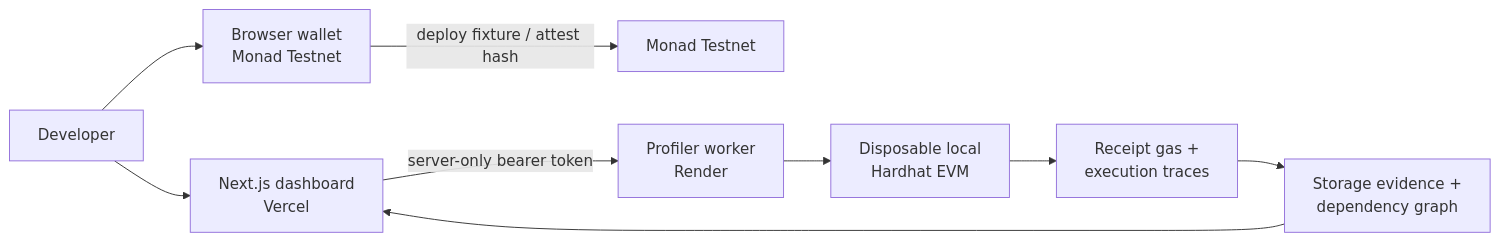
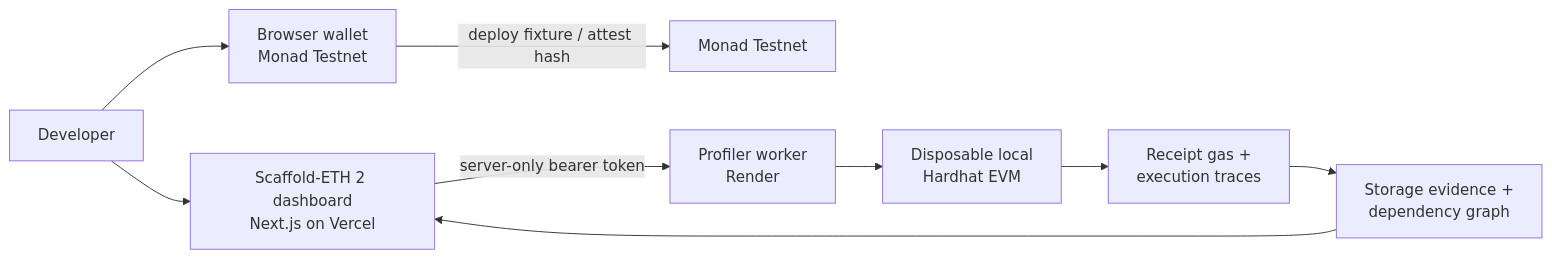
The diagram in README.md (yash-dot-com/mprofiler), drawn with Mermaid before and after one commit. The commit also changed other lines of this file, not shown here.

Commit message:
Document Scaffold and Monad Mainnet path

````diff
--- a/README.md
+++ b/README.md
@@ -40,11 +42,11 @@
 ```mermaid
 flowchart LR
   U[Developer] --> W[Browser wallet<br/>Monad Testnet]
-  U --> D[Next.js dashboard<br/>Vercel]
+  U --> D[Scaffold-ETH 2 dashboard<br/>Next.js on Vercel]
   D -->|server-only bearer token| R[Profiler worker<br/>Render]
   R --> H[Disposable local<br/>Hardhat EVM]
   H --> T[Receipt gas +<br/>execution traces]
   T --> G[Storage evidence +<br/>dependency graph]
   G --> D
   W -->|deploy fixture / attest hash| M[Monad Testnet]
 ```
````
